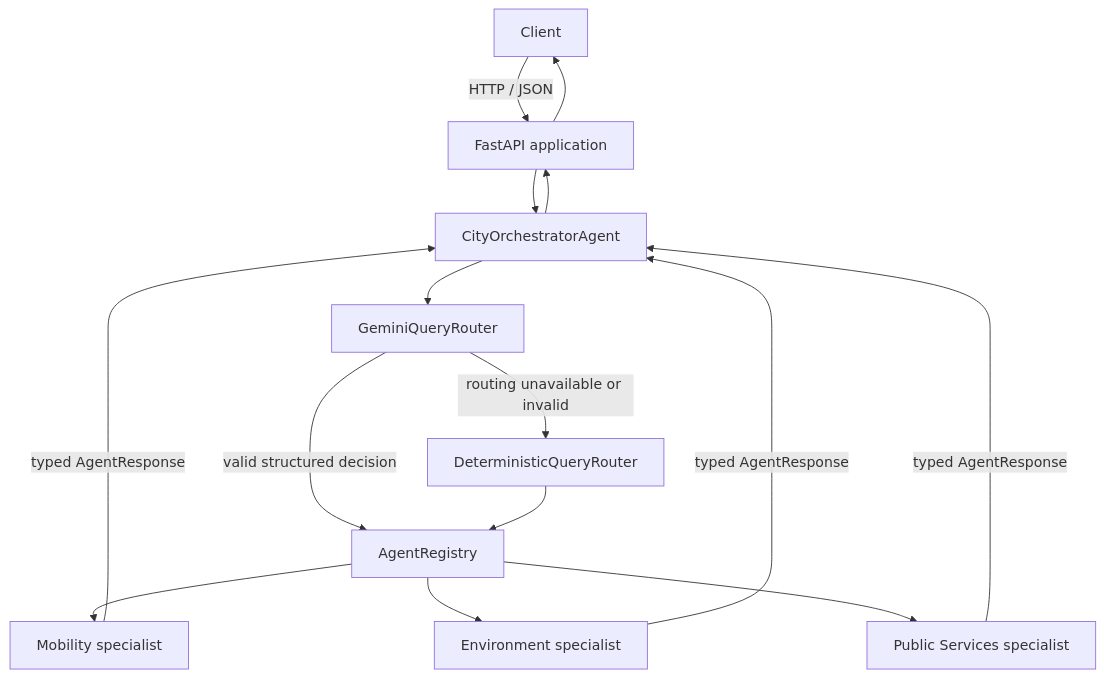
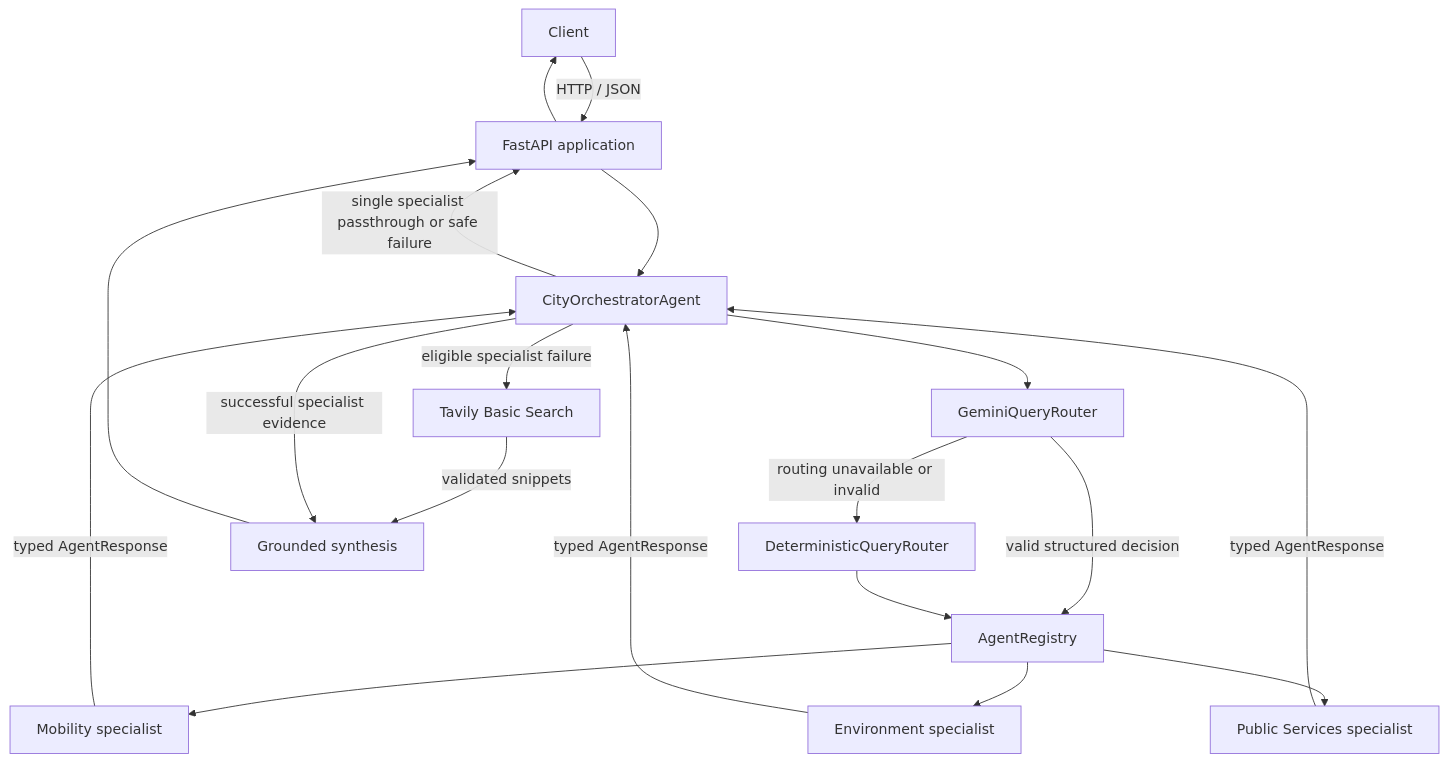
One commit to BinadaPasandul/smart-city-ai changed the diagram in README.md. Above: the diagram before and after it, drawn with Mermaid. The commit also changed other lines of this file and 34 other files, not shown here.

````diff
--- a/README.md
+++ b/README.md
@@ -17,17 +17,21 @@
 ```mermaid
 flowchart TD
     C[Client] -->|HTTP / JSON| API[FastAPI application]
     API --> O[CityOrchestratorAgent]
     O --> G[GeminiQueryRouter]
     G -->|routing unavailable or invalid| D[DeterministicQueryRouter]
     G -->|valid structured decision| R[AgentRegistry]
     D --> R
     R --> M[Mobility specialist]
     R --> E[Environment specialist]
     R --> P[Public Services specialist]
     M -->|typed AgentResponse| O
     E -->|typed AgentResponse| O
     P -->|typed AgentResponse| O
-    O --> API
+    O -->|eligible specialist failure| W[Tavily Basic Search]
+    W -->|validated snippets| S[Grounded synthesis]
+    O -->|successful specialist evidence| S
+    S --> API
+    O -->|single specialist passthrough or safe failure| API
     API --> C
 ```
````
